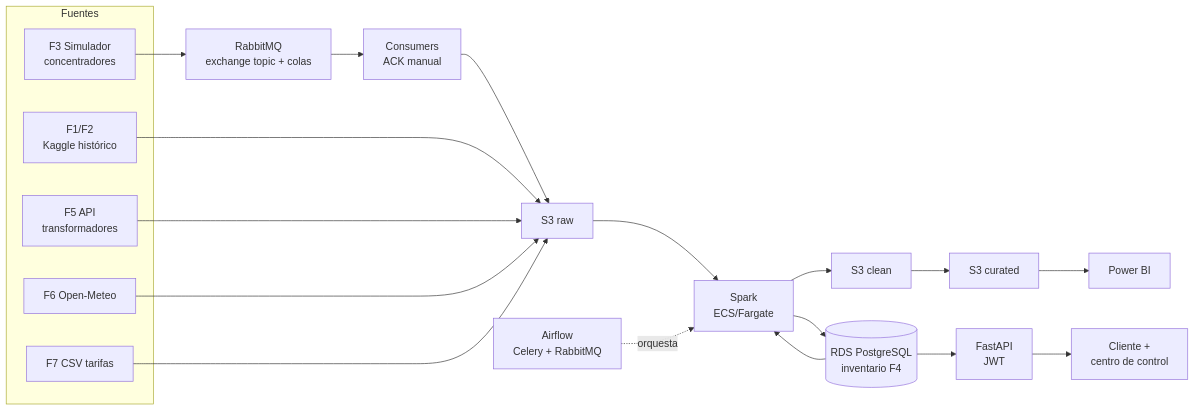
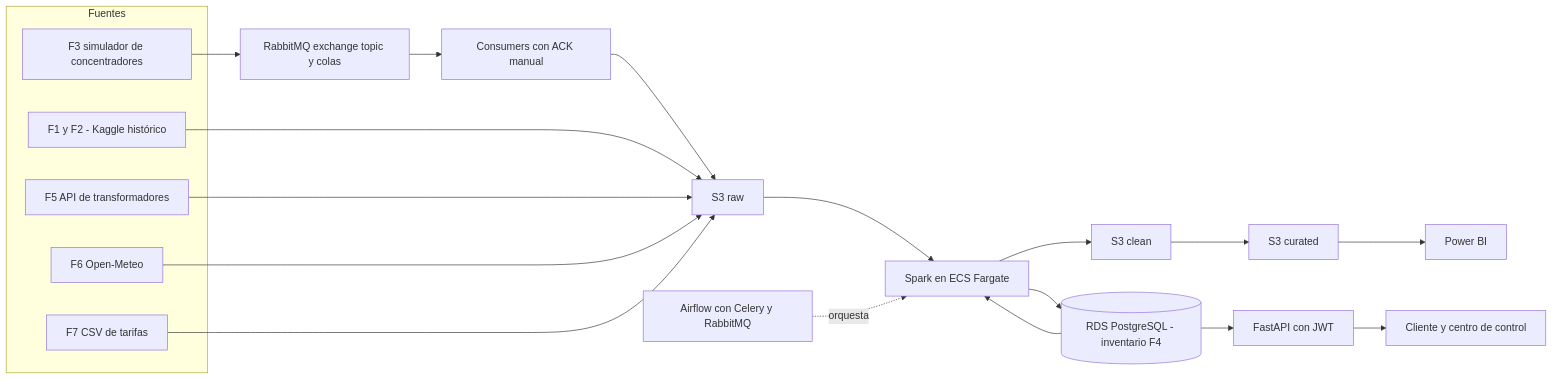
Before and after one commit to VoltiaGrid-Medicion-Inteligente/voltiagrid-api: the diagram in README.es.md, drawn with Mermaid. The commit also changed 1 other file, not shown here.

Commit message:
KAN-58 fix(docs): simplify mermaid flowchart for github renderer

````diff
--- a/README.es.md
+++ b/README.es.md
@@ -86,26 +86,26 @@
 ```mermaid
 flowchart LR
-  subgraph FUENTES["Fuentes"]
-    F1["F1/F2<br/>Kaggle histórico"]
-    F3["F3 Simulador<br/>concentradores"]
-    F5["F5 API<br/>transformadores"]
-    F6["F6 Open-Meteo"]
-    F7["F7 CSV tarifas"]
-  end
-  F3 --> RMQ["RabbitMQ<br/>exchange topic + colas"]
-  RMQ --> CON["Consumers<br/>ACK manual"]
-  CON --> RAW["S3 raw"]
-  F1 --> RAW
-  F5 --> RAW
-  F6 --> RAW
-  F7 --> RAW
-  RAW --> SPK["Spark<br/>ECS/Fargate"]
-  RDS[("RDS PostgreSQL<br/>inventario F4")] --> SPK
-  SPK --> CLEAN["S3 clean"]
-  CLEAN --> CUR["S3 curated"]
-  SPK --> RDS
-  AF["Airflow<br/>Celery + RabbitMQ"] -.->|orquesta| SPK
-  CUR --> PBI["Power BI"]
-  RDS --> API["FastAPI<br/>JWT"]
-  API --> USR["Cliente +<br/>centro de control"]
+    subgraph Fuentes
+        F1[F1 y F2 - Kaggle histórico]
+        F3[F3 simulador de concentradores]
+        F5[F5 API de transformadores]
+        F6[F6 Open-Meteo]
+        F7[F7 CSV de tarifas]
+    end
+    F3 --> RMQ[RabbitMQ exchange topic y colas]
+    RMQ --> CON[Consumers con ACK manual]
+    CON --> RAW[S3 raw]
+    F1 --> RAW
+    F5 --> RAW
+    F6 --> RAW
+    F7 --> RAW
+    RAW --> SPK[Spark en ECS Fargate]
+    RDS[(RDS PostgreSQL - inventario F4)] --> SPK
+    SPK --> CLEAN[S3 clean]
+    CLEAN --> CUR[S3 curated]
+    SPK --> RDS
+    AF[Airflow con Celery y RabbitMQ] -.->|orquesta| SPK
+    CUR --> PBI[Power BI]
+    RDS --> API[FastAPI con JWT]
+    API --> USR[Cliente y centro de control]
 ```
````
